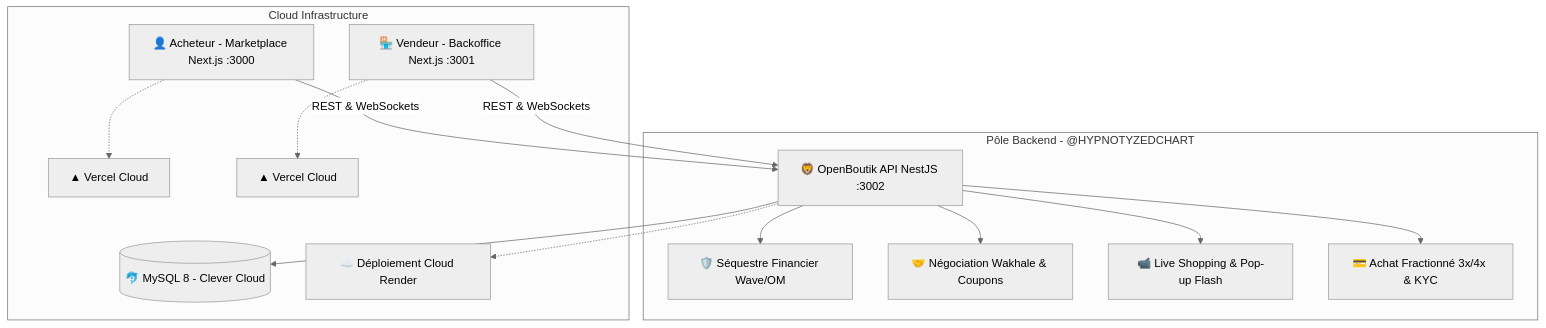
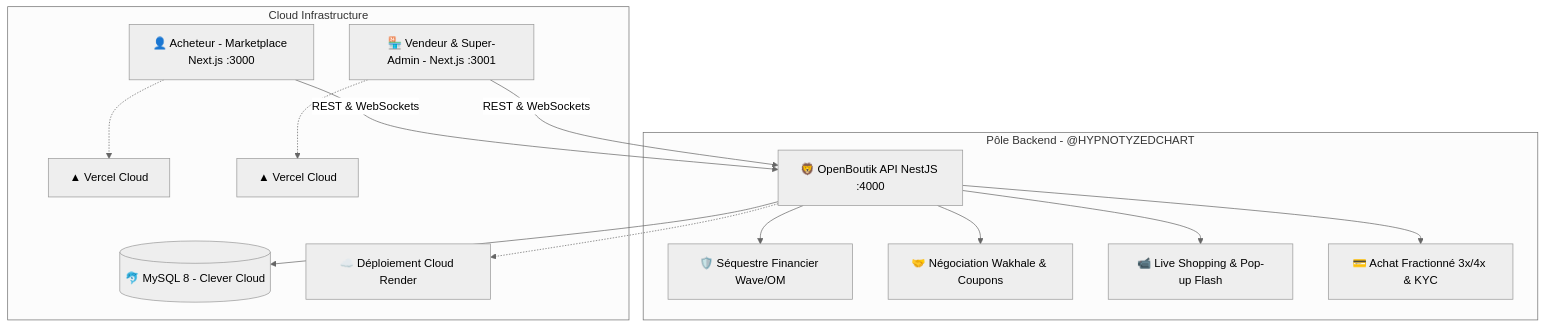
The diagram in README.md (OpenBoutik-Team/openboutik-api), drawn with Mermaid (neutral theme) before and after one commit. The commit also changed other lines of this file and 13 other files, not shown here.

````diff
--- a/README.md
+++ b/README.md
@@ -56,19 +56,19 @@
 ```mermaid
 graph TD
-    Client[👤 Acheteur - Marketplace Next.js :3000] -->|REST & WebSockets| API[🦁 OpenBoutik API NestJS :3002]
-    Seller[🏪 Vendeur - Backoffice Next.js :3001] -->|REST & WebSockets| API
+    Client[👤 Acheteur - Marketplace Next.js :3000] -->|REST & WebSockets| API[🦁 OpenBoutik API NestJS :4000]
+    Seller[🏪 Vendeur & Super-Admin - Next.js :3001] -->|REST & WebSockets| API
     
     subgraph Core Engine [Pôle Backend - @HYPNOTYZEDCHART]
         API --> Escrow[🛡️ Séquestre Financier Wave/OM]
         API --> Wakhale[🤝 Négociation Wakhale & Coupons]
         API --> Live[📹 Live Shopping & Pop-up Flash]
         API --> BNPL[💳 Achat Fractionné 3x/4x & KYC]
     end
     
     subgraph Cloud Infrastructure
         API --> DB[(🐬 MySQL 8 - Clever Cloud)]
         API -.-> Host[☁️ Déploiement Cloud Render]
         Client -.-> Vercel1[▲ Vercel Cloud]
         Seller -.-> Vercel2[▲ Vercel Cloud]
     end
 ```
````
